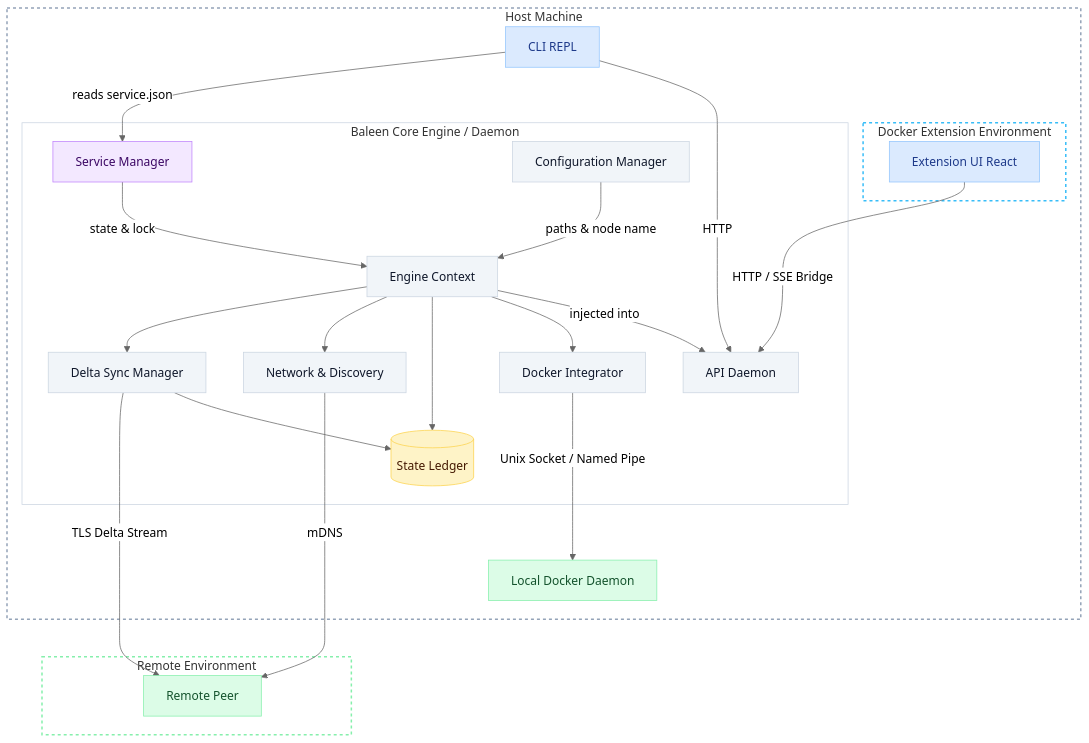
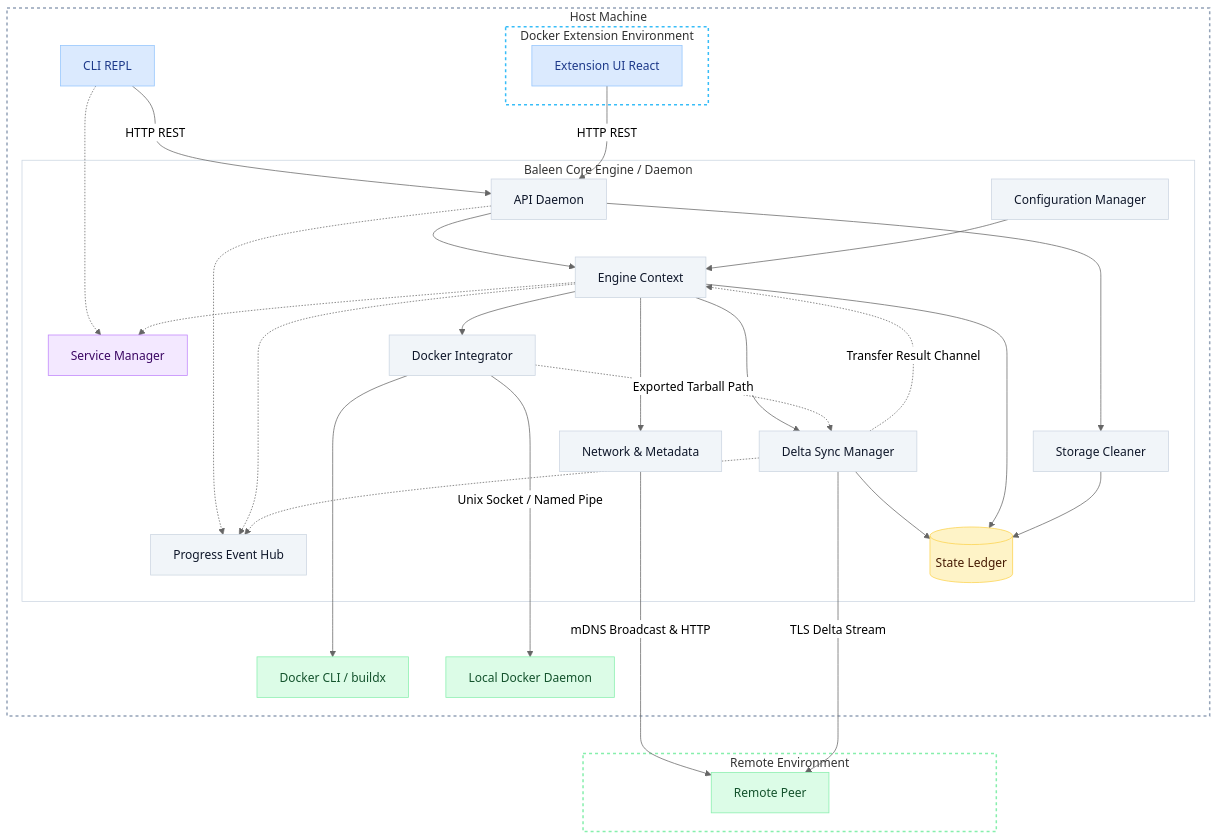
The diagram in README.md (BGYKanishka/baleen-engine), drawn with Mermaid (neutral theme) before and after one commit. The commit also changed other lines of this file, not shown here.

Commit message:
docs: update architecture diagram

````diff
--- a/README.md
+++ b/README.md
@@ -39,6 +39,6 @@
 ```mermaid
 graph TD
-    %% Node Styling (Muted, professional colors)
+    %% Node Styling
     classDef ui fill:#dbeafe,stroke:#93c5fd,color:#1e3a8a;
     classDef core fill:#f1f5f9,stroke:#cbd5e1,color:#0f172a;
     classDef db fill:#fef3c7,stroke:#fcd34d,color:#451a03;
@@ -58,51 +58,66 @@
             UI[Extension UI React]:::ui
         end
 
+        DockerCLI[Docker CLI / buildx]:::ext
+        Daemon[Local Docker Daemon]:::ext
+
         subgraph Core [Baleen Core Engine / Daemon]
+            %% LEFT SIDE (Network & Sync)
+            API[API Daemon]:::core
+            Net[Network & Metadata]:::core
+            TransferHub[Progress Event Hub]:::core
+            Trans[Delta Sync Manager]:::core
+
+            %% CENTER
+            EngineCtx[Engine Context]:::core
+            Ledger[(State Ledger)]:::db
+
+            %% RIGHT SIDE (Storage & Local Host)
             Service[Service Manager]:::svc
-            API[API Daemon]:::core
-            EngineCtx[Engine Context]:::core
-            Net[Network & Discovery]:::core
-            Trans[Delta Sync Manager]:::core
+            Config[Configuration Manager]:::core
+            GC[Storage Cleaner]:::core
             Doc[Docker Integrator]:::core
-            Ledger[(State Ledger)]:::db
-            Config[Configuration Manager]:::core
         end
-
-        Daemon[Local Docker Daemon]:::ext
     end
 
     subgraph RemoteMachine [Remote Environment]
         Peer[Remote Peer]:::ext
     end
 
-    %% UI & CLI connect to API via HTTP
-    UI --->|HTTP / SSE Bridge| API
-    CLI --->|HTTP| API
+    %% LEFT SIDE WIRING (Network & Sync)
+    CLI -->|HTTP REST| API
+    UI -->|HTTP REST| API
+    API --> EngineCtx
+    API -.-> TransferHub
 
-    %% CLI reads daemon state (port, token) from Service Manager
-    CLI -->|reads service.json| Service
-
-    %% Startup: Config & Service bootstrap the Engine Context
-    Config -->|paths & node name| EngineCtx
-    Service -->|state & lock| EngineCtx
-
-    %% EngineContext is injected into the API at startup (not the other way around)
-    EngineCtx -->|injected into| API
-
-    %% EngineContext wires all subsystems together
-    EngineCtx --> Doc
-    EngineCtx --> Ledger
     EngineCtx --> Net
+    EngineCtx -.-> TransferHub
     EngineCtx --> Trans
 
-    %% Transfer reads/writes Ledger for hashing and history
+    Trans -.-> TransferHub
+    Net ---->|mDNS Broadcast & HTTP| Peer
+    Trans ---->|TLS Delta Stream| Peer
+
+    %% CENTER CROSS-CONNECTIONS
     Trans --> Ledger
+    Trans -.->|Transfer Result Channel| EngineCtx
+    Doc -.->|Exported Tarball Path| Trans
 
-    %% Docker Integrator talks to local Docker Daemon
-    Doc --->|Unix Socket / Named Pipe| Daemon
+    %% RIGHT SIDE WIRING (Storage & Local Host)
+    CLI -.-> Service
+    EngineCtx -.-> Service
+    Config --> EngineCtx
 
-    %% Network Connections
-    Net ---->|mDNS| Peer
-    Trans ---->|TLS Delta Stream| Peer
+    EngineCtx --> Ledger
+    API --> GC
+    EngineCtx --> Doc
+
+    GC --> Ledger
+
+    Doc ---->|Unix Socket / Named Pipe| Daemon
+    Doc ----> DockerCLI
+    
+    %% LAYOUT ENFORCEMENT
+
+    Ledger ~~~ Peer
 ```
````
